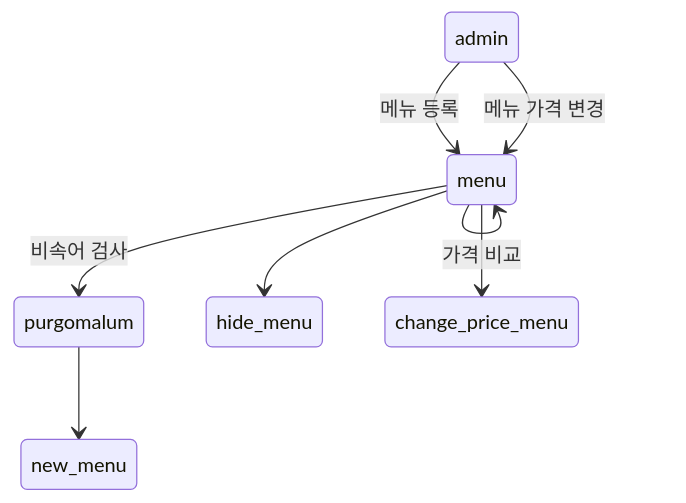
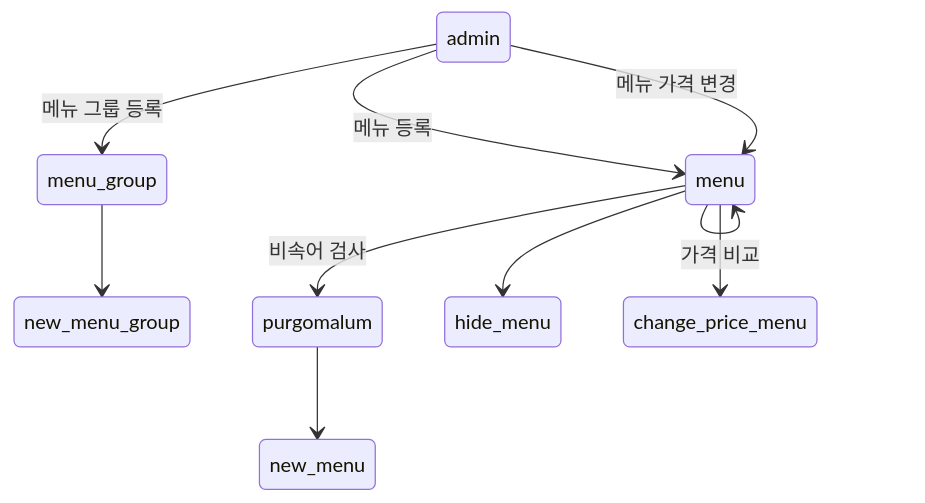
The second of 6 diagrams in README.md (jinyoonYang/ddd-strategic-design), drawn with Mermaid before and after one commit. The commit also changed other lines of this file and 39 other files, not shown here.

````diff
--- a/README.md
+++ b/README.md
@@ -239,11 +229,13 @@
 ```mermaid
 stateDiagram-v2
     table: admin
+    table --> menu_group: 메뉴 그룹 등록
+    menu_group --> new_menu_group
     table --> menu: 메뉴 등록
     menu --> purgomalum: 비속어 검사
     purgomalum --> new_menu
     table --> menu : 메뉴 가격 변경    
     menu --> menu: 가격 비교
     menu --> hide_menu
     menu --> change_price_menu
 ```
````
